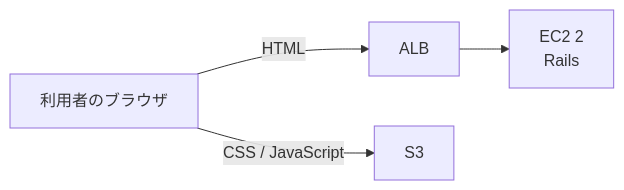
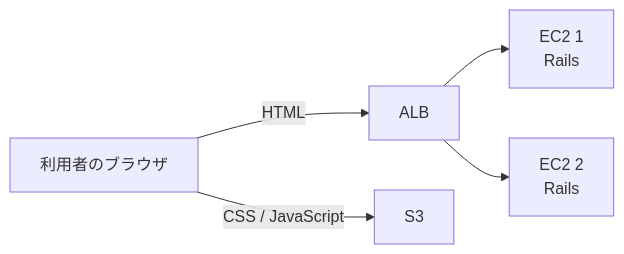
One commit to TORIFUKUKaiou/rails-dojo-year2-content changed the diagram in 12/stretch.md. Above: the diagram before and after it, drawn with Mermaid. The commit also changed other lines of this file and 1 other file, not shown here.

````diff
--- a/12/stretch.md
+++ b/12/stretch.md
@@ -9,6 +9,7 @@
 ```mermaid
 flowchart LR
   U["利用者のブラウザ"] -->|"HTML"| ALB["ALB"]
-  ALB --> EC2["EC2 2<br>Rails"]
+  ALB --> EC21["EC2 1<br>Rails"]
+  ALB --> EC22["EC2 2<br>Rails"]
   U -->|"CSS / JavaScript"| S3["S3"]
 ```
````
